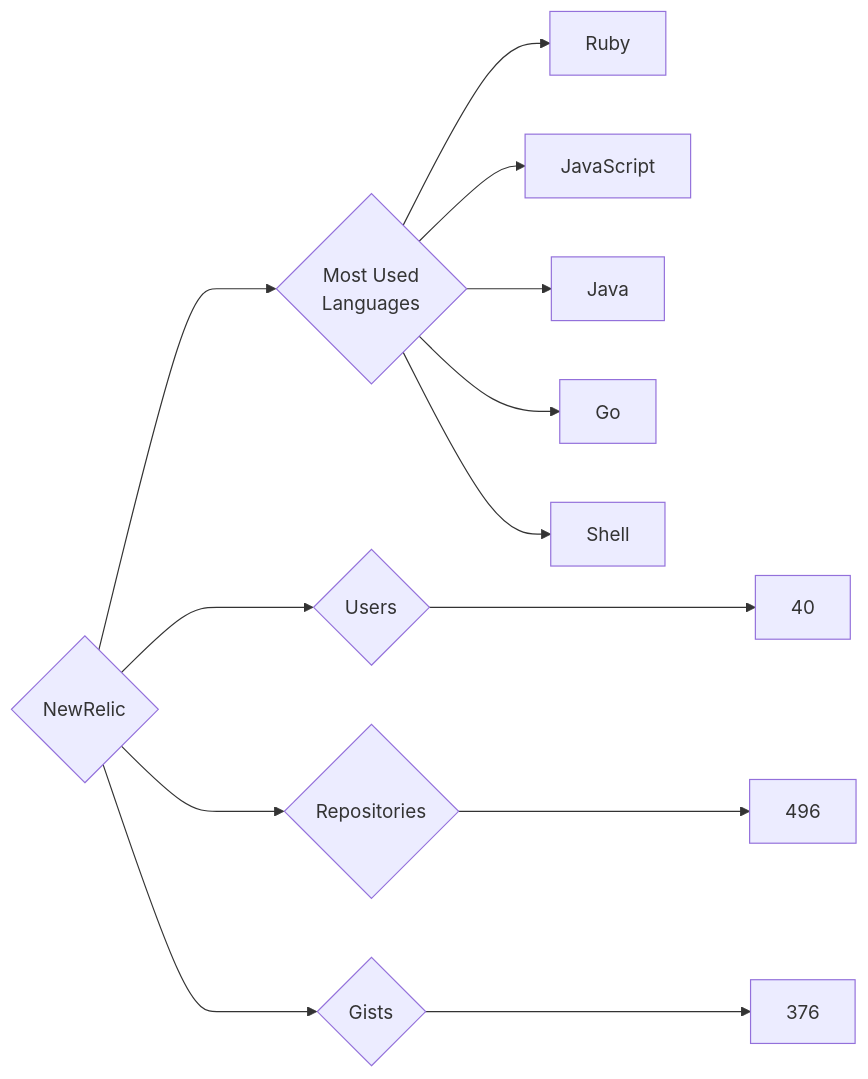
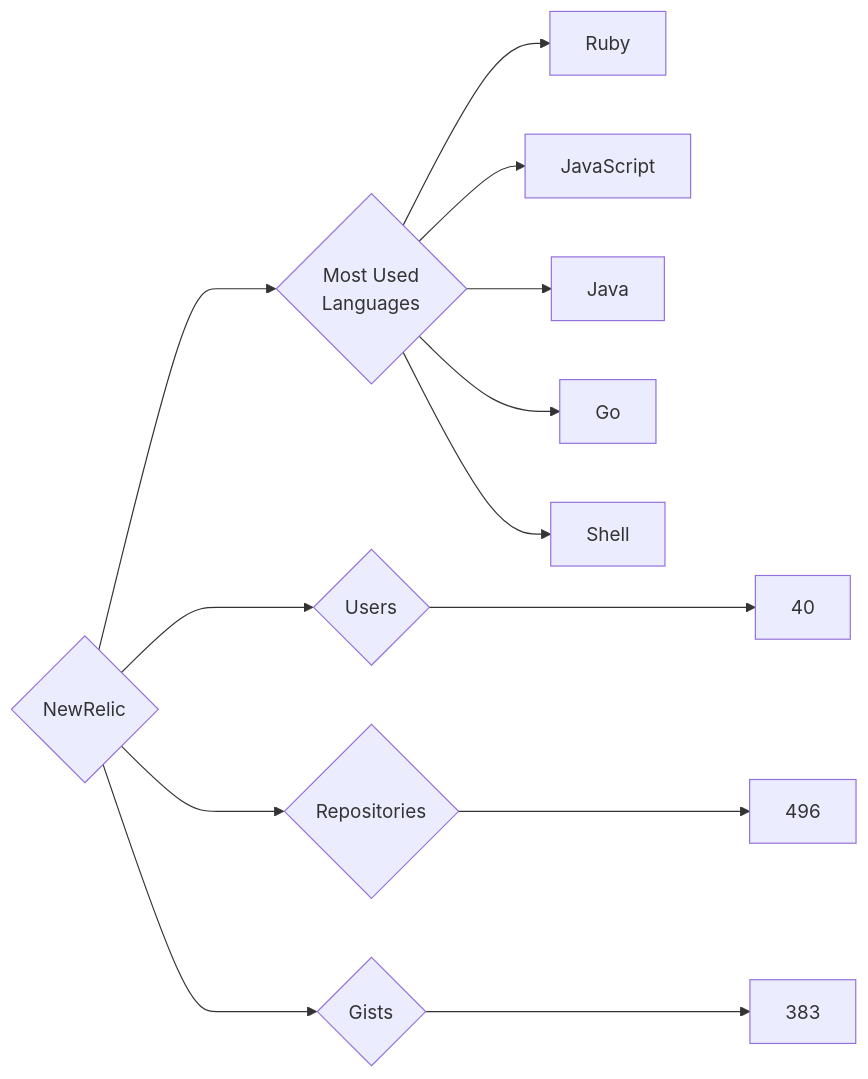
The diagram in targets/NewRelic/README.md (trickest/insiders), drawn with Mermaid before and after one commit. The commit also changed 898 other files, not shown here.

````diff
--- a/targets/NewRelic/README.md
+++ b/targets/NewRelic/README.md
@@ -3,13 +3,13 @@
 ```mermaid
 graph LR
 COMPANY_NAME{NewRelic}
 COMPANY_NAME ---> U{Users} ---> UN[40]
 COMPANY_NAME ---> R{Repositories} ---> RN[496]
-COMPANY_NAME ---> G{Gists} ---> GN[376]
+COMPANY_NAME ---> G{Gists} ---> GN[383]
 COMPANY_NAME ---> ML{Most Used<br>Languages}
 ML --> Ruby[Ruby]
 ML --> JavaScript[JavaScript]
 ML --> Java[Java]
 ML --> Go[Go]
 ML --> Shell[Shell]
 ```
````
